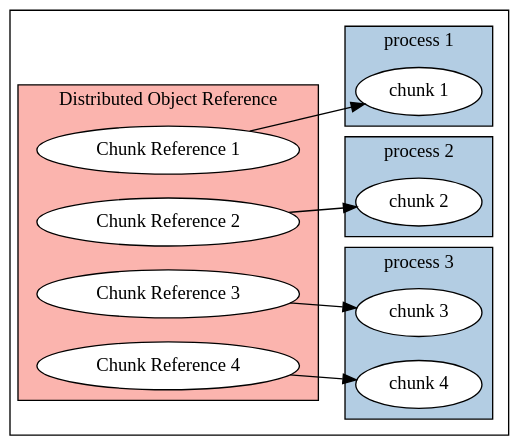
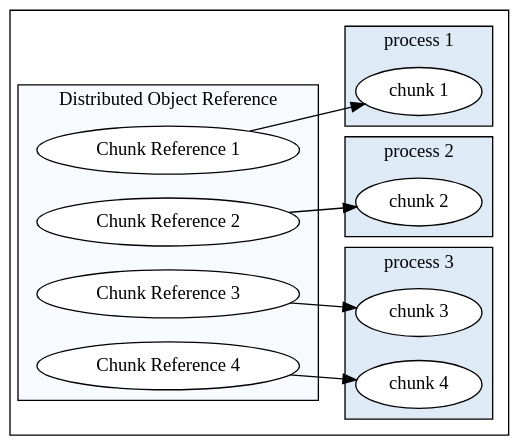
Before and after one commit to jcai849/phd: the diagram in doc/distobjref.dot, drawn with Graphviz. The commit also changed 5 other files, not shown here.

```diff
--- a/doc/distobjref.dot
+++ b/doc/distobjref.dot
@@ -1,37 +1,37 @@
 digraph distobjref {
-	colorscheme="pastel13"
+	colorscheme="Blues9"
 	rankdir="LR";
 	node [style="filled", fillcolor=white];
 	style="filled";
 
 	subgraph cluster_distobjref {
 		label="Distributed Object Reference";
 		fillcolor=1;
 		cr1[label="Chunk Reference 1"];
 		cr2[label="Chunk Reference 2"];
 		cr3[label="Chunk Reference 3"];
 		cr4[label="Chunk Reference 4"];
 	}
 
 	subgraph cluster_process1 {
 		label="process 1";
 		fillcolor=2;
 		c1[label="chunk 1"];
 	}
 	subgraph cluster_process2 {
 		label="process 2";
 		fillcolor=2;
 		c2[label="chunk 2"];
 	}
 	subgraph cluster_process3 {
 		label="process 3";
 		fillcolor=2;
 		c3[label="chunk 3"];
 		c4[label="chunk 4"];
 	}
 
 	cr1 -> c1;
 	cr2 -> c2;
 	cr3 -> c3;
 	cr4 -> c4;
 }
```
